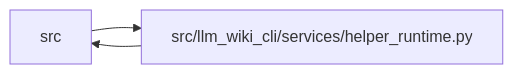
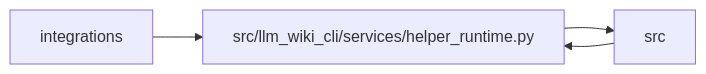
The diagram in docs/llm_wiki/modules/helper_runtime.md (Denissvgn/python-wiki-llm), drawn with Mermaid before and after one commit. The commit also changed other lines of this file and 369 other files, not shown here.

````diff
--- a/docs/llm_wiki/modules/helper_runtime.md
+++ b/docs/llm_wiki/modules/helper_runtime.md
@@ -34,8 +34,10 @@
 ```mermaid
 flowchart LR
-    n0["src"]
-    n1["src/llm_wiki_cli/services/helper_runtime.py"]
-    n0 --> n1
-    n1 --> n0
-    click n1 "../modules/helper_runtime.md"
+    n0["integrations"]
+    n1["src"]
+    n2["src/llm_wiki_cli/services/helper_runtime.py"]
+    n0 --> n2
+    n1 --> n2
+    n2 --> n1
+    click n2 "../modules/helper_runtime.md"
 ```
````
